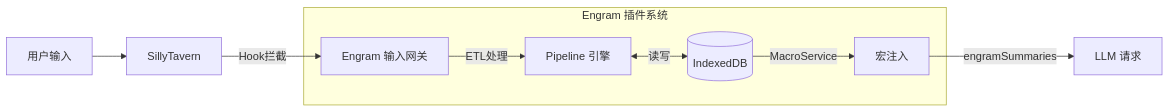
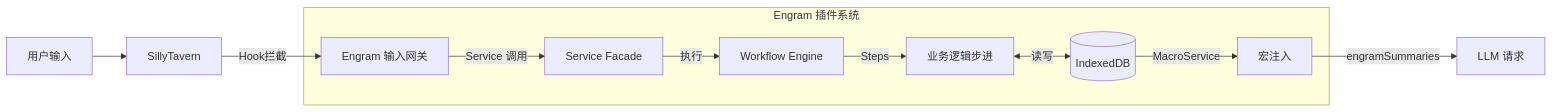
The diagram in docs/项目总体架构.md (shiyue137mh-netizen/Engram), drawn with Mermaid before and after one commit. The commit also changed other lines of this file and 119 other files, not shown here.

First line of the commit message:
v1.1.0 ### 🏗️ 架构优化 (Architecture Optimization) - **UI 重构**: 统一了 Processing View 的保存逻辑与状态管理，消除了子面板的私有状态，提升了交互一致性。 - **Workflow 模块化**: 将 `EventTrimmer` 重构为模块化的 `TrimmerWorkflow`，分离了数据获取、处理与保存逻辑，便于扩展。 - **Prompt 约束增强**: 为所有内置 Prompt 增加了强制性的负面约束，防止模型在处理数据时意外续写剧情。

````diff
--- a/docs/项目总体架构.md
+++ b/docs/项目总体架构.md
@@ -17,13 +17,15 @@
 ```mermaid
 graph LR
     User[用户输入] --> ST_Host[SillyTavern]
     ST_Host -->|Hook拦截| Engram_Input[Engram 输入网关]
     
     subgraph Engram [Engram 插件系统]
-        Engram_Input -->|ETL处理| Pipeline[Pipeline 引擎]
-        Pipeline <-->|读写| Local_DB[(IndexedDB)]
+        Engram_Input -->|Service 调用| Facade[Service Facade]
+        Facade -->|执行| Workflow[Workflow Engine]
+        Workflow -->|Steps| Logic[业务逻辑步进]
+        Logic <-->|读写| Local_DB[(IndexedDB)]
         Local_DB -->|MacroService| Engram_Output[宏注入]
     end
     
     Engram_Output -->|engramSummaries| ST_LLM[LLM 请求]
 ```
````
